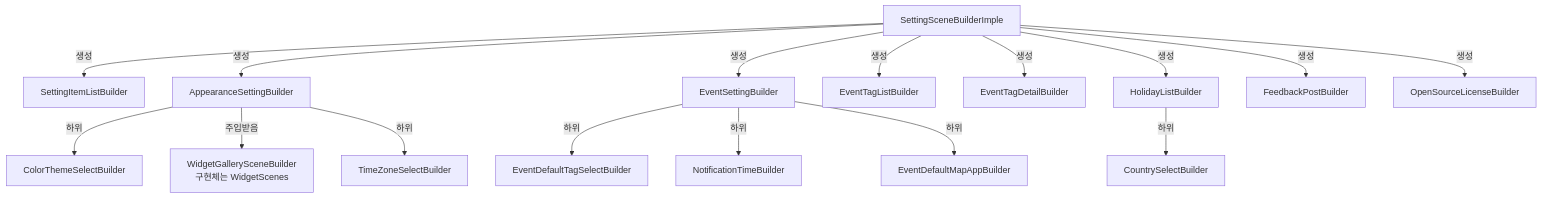
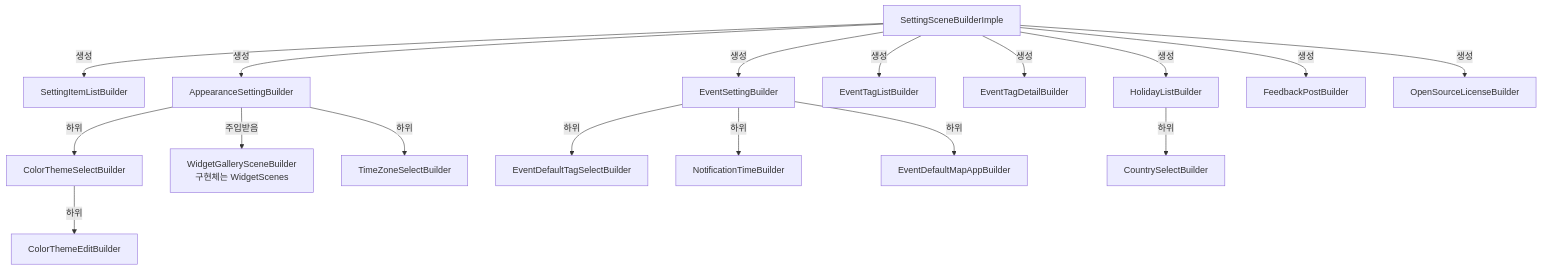
The fifth of 5 diagrams in Presentations/SettingScene/CLAUDE.md (sudopark/TodoCalendar), drawn with Mermaid before and after one commit. The commit also changed other lines of this file and 1 other file, not shown here.

````diff
--- a/Presentations/SettingScene/CLAUDE.md
+++ b/Presentations/SettingScene/CLAUDE.md
@@ -133,21 +134,22 @@
 ```mermaid
 graph TD
     SSB[SettingSceneBuilderImple] -->|생성| SIL[SettingItemListBuilder]
     SSB -->|생성| ASB[AppearanceSettingBuilder]
     SSB -->|생성| ESB[EventSettingBuilder]
     SSB -->|생성| ETLB[EventTagListBuilder]
     SSB -->|생성| ETDB[EventTagDetailBuilder]
     SSB -->|생성| HLB[HolidayListBuilder]
     SSB -->|생성| FPB[FeedbackPostBuilder]
     SSB -->|생성| OSLB[OpenSourceLicenseBuilder]
 
     ASB -->|하위| CTB[ColorThemeSelectBuilder]
+    CTB -->|하위| CTEB[ColorThemeEditBuilder]
     ASB -->|주입받음| WGB[WidgetGallerySceneBuilder<br/>구현체는 WidgetScenes]
     ASB -->|하위| TZB[TimeZoneSelectBuilder]
 
     ESB -->|하위| ETSB[EventDefaultTagSelectBuilder]
     ESB -->|하위| ENTB[NotificationTimeBuilder]
     ESB -->|하위| EMAB[EventDefaultMapAppBuilder]
 
     HLB -->|하위| CSB[CountrySelectBuilder]
 ```
````
